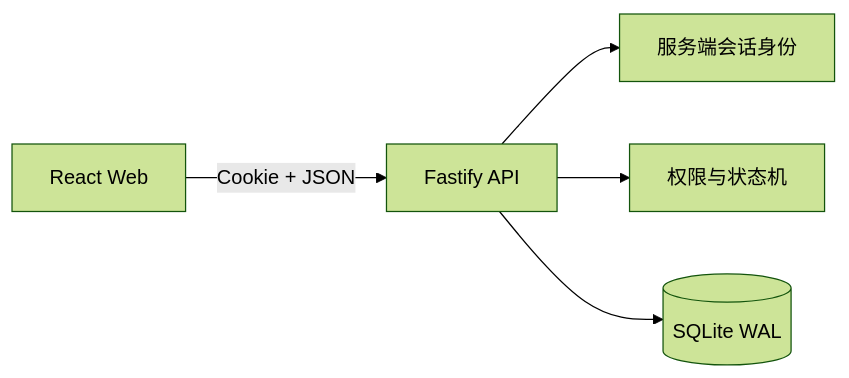
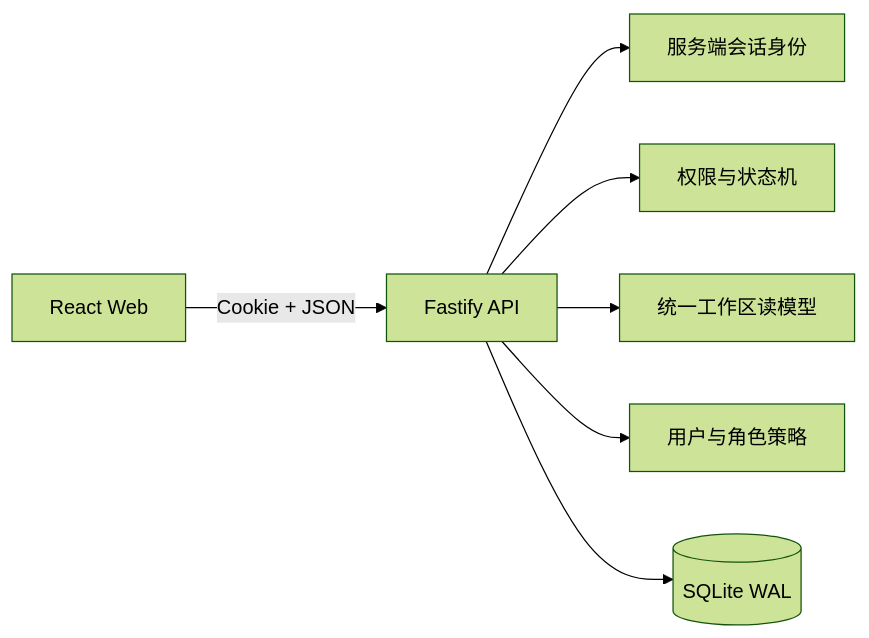
Before and after one commit to jaxblack/reviewflow: the first of 3 diagrams in docs/architecture.md, drawn with Mermaid (forest theme). The commit also changed other lines of this file and 10 other files, not shown here.

````diff
--- a/docs/architecture.md
+++ b/docs/architecture.md
@@ -7,7 +7,9 @@
 ```mermaid
 flowchart LR
     Browser[React Web] -->|Cookie + JSON| API[Fastify API]
     API --> Auth[服务端会话身份]
     API --> Policy[权限与状态机]
+    API --> Workspace[统一工作区读模型]
+    API --> Admin[用户与角色策略]
     API --> DB[(SQLite WAL)]
 ```
````
